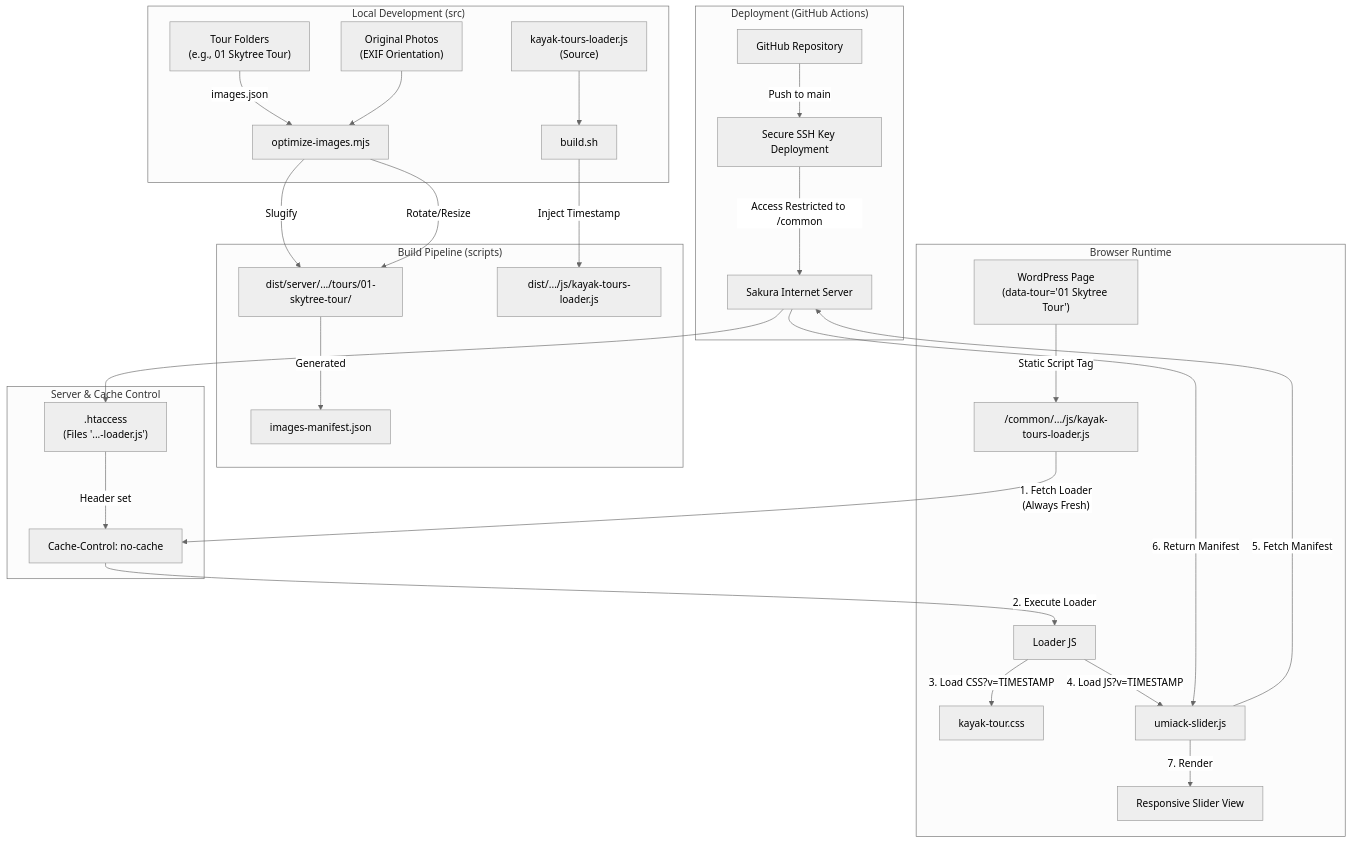
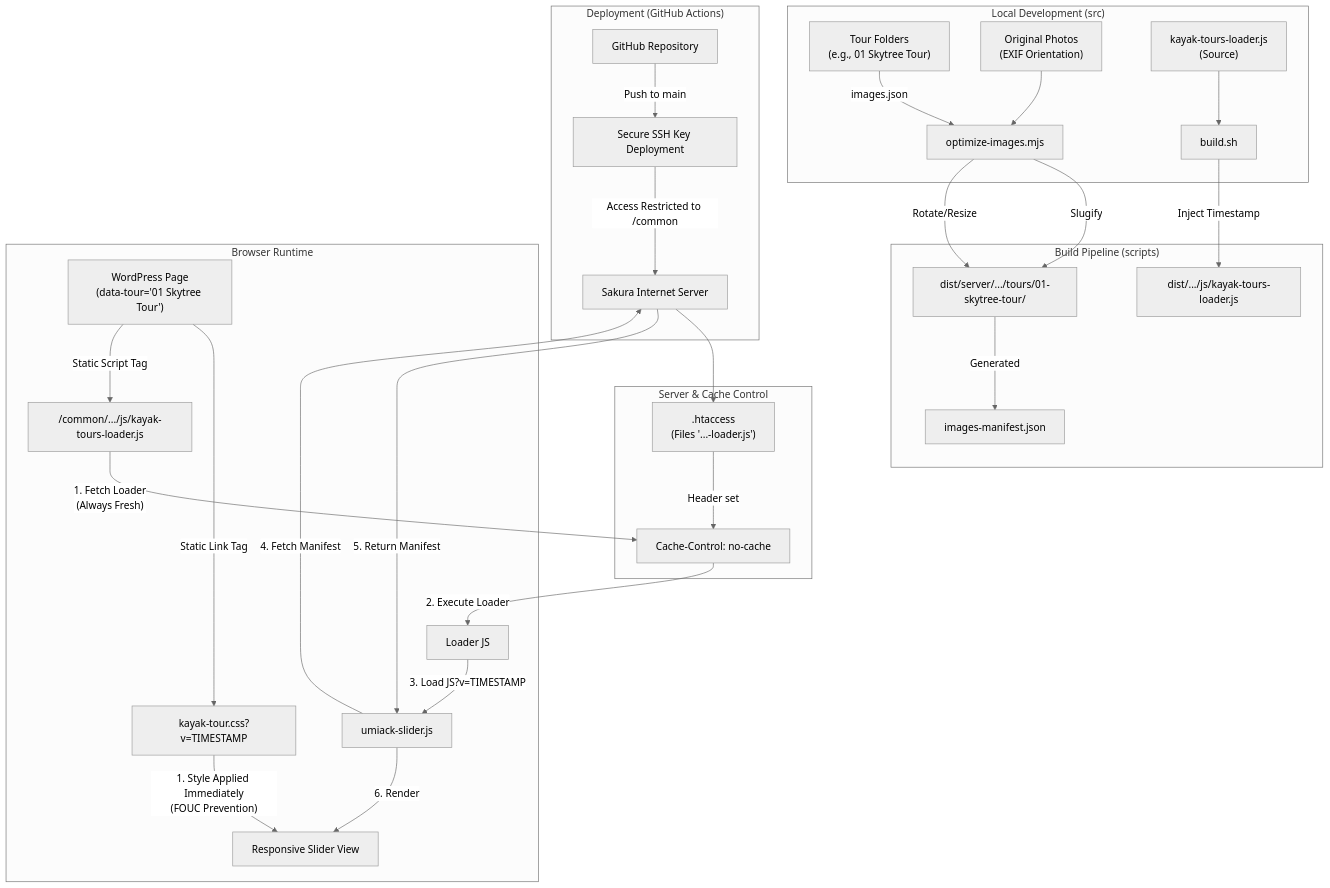
Before and after one commit to ryota-kayak/umiack-common-repository: the diagram in README.md, drawn with Mermaid (neutral theme). The commit also changed other lines of this file and 3 other files, not shown here.

````diff
--- a/README.md
+++ b/README.md
@@ -11,36 +11,37 @@
 ```mermaid
 graph TD
     subgraph "Local Development (src)"
         A["Tour Folders<br/>(e.g., 01 Skytree Tour)"] -->|images.json| B["optimize-images.mjs"]
         P["Original Photos<br/>(EXIF Orientation)"] --> B
         L_SRC["kayak-tours-loader.js<br/>(Source)"] --> BU
     end
 
     subgraph "Build Pipeline (scripts)"
         B -->|Slugify| C["dist/server/.../tours/01-skytree-tour/"]
         B -->|Rotate/Resize| C
         C -->|Generated| D["images-manifest.json"]
         BU["build.sh"] -->|Inject Timestamp| L_DIST["dist/.../js/kayak-tours-loader.js"]
     end
 
     subgraph "Deployment (GitHub Actions)"
         E["GitHub Repository"] -->|Push to main| F["Secure SSH Key Deployment"]
         F -->|Access Restricted to /common| G["Sakura Internet Server"]
     end
 
     subgraph "Server & Cache Control"
         G --> H[".htaccess<br/>(Files '...-loader.js')"]
         H -->|Header set| I["Cache-Control: no-cache"]
     end
 
     subgraph "Browser Runtime"
-        W["WordPress Page<br/>(data-tour='01 Skytree Tour')"] -->|Static Script Tag| L_URL["/common/.../js/kayak-tours-loader.js"]
+        W["WordPress Page<br/>(data-tour='01 Skytree Tour')"] -->|Static Link Tag| CSS["kayak-tour.css?v=TIMESTAMP"]
+        W -->|Static Script Tag| L_URL["/common/.../js/kayak-tours-loader.js"]
         L_URL -- "1. Fetch Loader<br/>(Always Fresh)" --> I
         I -- "2. Execute Loader" --> SL
-        SL["Loader JS"] -->|3. Load CSS?v=TIMESTAMP| CSS["kayak-tour.css"]
-        SL -->|4. Load JS?v=TIMESTAMP| S_JS["umiack-slider.js"]
-        S_JS -->|5. Fetch Manifest| G
-        G -->|6. Return Manifest| S_JS
-        S_JS -->|7. Render| J["Responsive Slider View"]
+        CSS -- "1. Style Applied Immediately<br/>(FOUC Prevention)" --> J
+        SL["Loader JS"] -->|3. Load JS?v=TIMESTAMP| S_JS["umiack-slider.js"]
+        S_JS -->|4. Fetch Manifest| G
+        G -->|5. Return Manifest| S_JS
+        S_JS -->|6. Render| J["Responsive Slider View"]
     end
 ```
````
